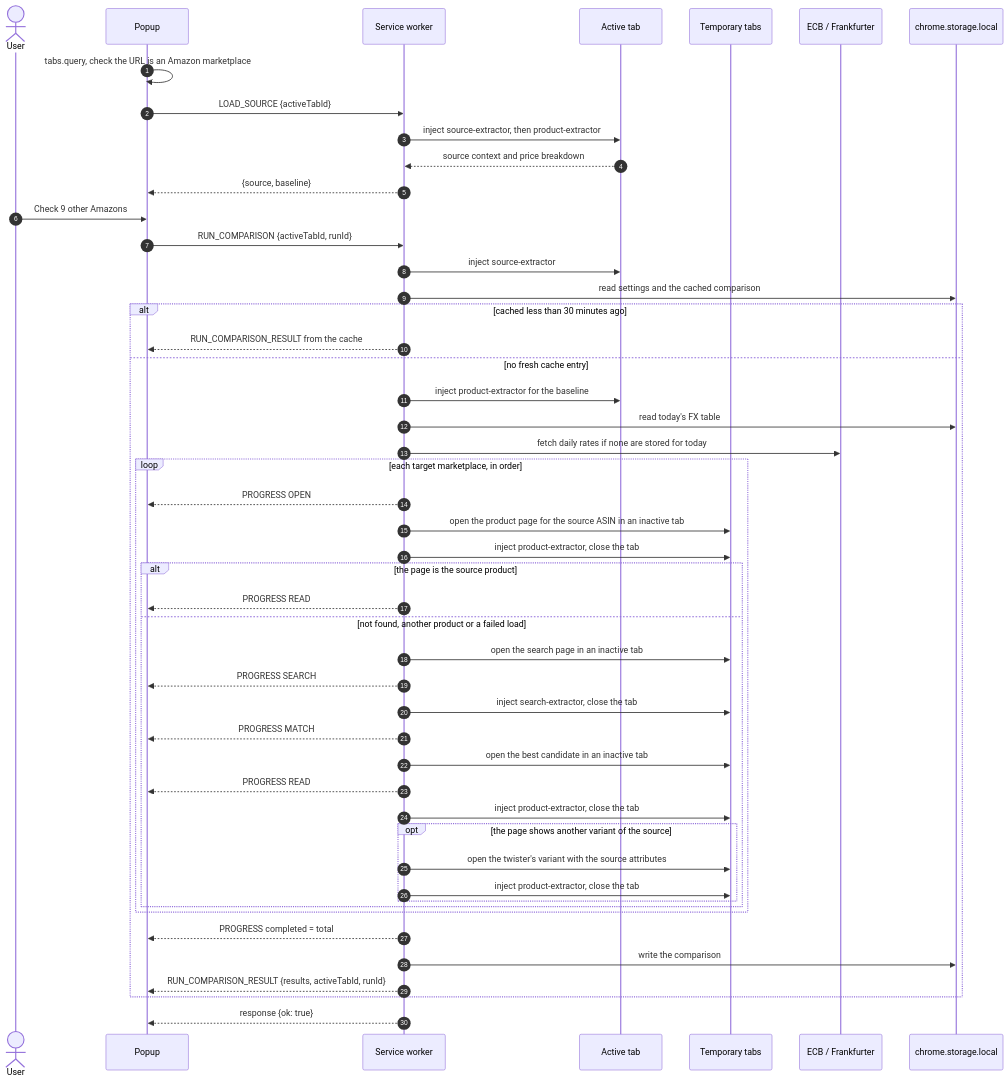
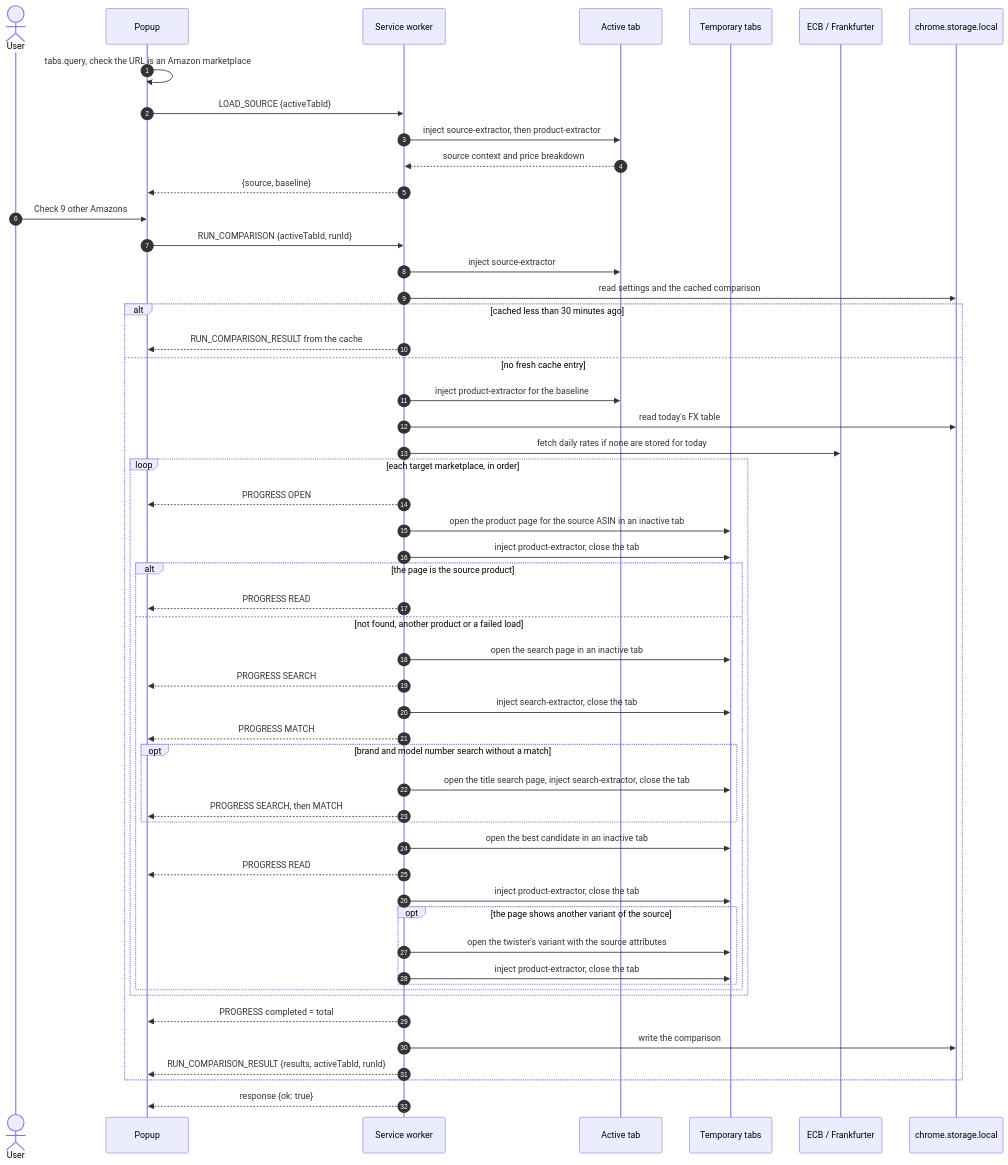
The diagram in docs/architecture.md (dortort/across-amazon), drawn with Mermaid before and after one commit. The commit also changed other lines of this file, not shown here.

Commit message:
docs(architecture): describe the model number search, the title lift and address checks

````diff
--- a/docs/architecture.md
+++ b/docs/architecture.md
@@ -14,52 +14,56 @@
 ```mermaid
 sequenceDiagram
     autonumber
     actor User
     participant Popup
     participant SW as Service worker
     participant Tab as Active tab
     participant Temp as Temporary tabs
     participant FX as ECB / Frankfurter
     participant Store as chrome.storage.local
 
     Popup->>Popup: tabs.query, check the URL is an Amazon marketplace
     Popup->>SW: LOAD_SOURCE {activeTabId}
     SW->>Tab: inject source-extractor, then product-extractor
     Tab-->>SW: source context and price breakdown
     SW-->>Popup: {source, baseline}
     User->>Popup: Check 9 other Amazons
     Popup->>SW: RUN_COMPARISON {activeTabId, runId}
     SW->>Tab: inject source-extractor
     SW->>Store: read settings and the cached comparison
     alt cached less than 30 minutes ago
         SW-->>Popup: RUN_COMPARISON_RESULT from the cache
     else no fresh cache entry
         SW->>Tab: inject product-extractor for the baseline
         SW->>Store: read today's FX table
         SW->>FX: fetch daily rates if none are stored for today
         loop each target marketplace, in order
             SW-->>Popup: PROGRESS OPEN
             SW->>Temp: open the product page for the source ASIN in an inactive tab
             SW->>Temp: inject product-extractor, close the tab
             alt the page is the source product
                 SW-->>Popup: PROGRESS READ
             else not found, another product or a failed load
                 SW->>Temp: open the search page in an inactive tab
                 SW-->>Popup: PROGRESS SEARCH
                 SW->>Temp: inject search-extractor, close the tab
                 SW-->>Popup: PROGRESS MATCH
+                opt brand and model number search without a match
+                    SW->>Temp: open the title search page, inject search-extractor, close the tab
+                    SW-->>Popup: PROGRESS SEARCH, then MATCH
+                end
                 SW->>Temp: open the best candidate in an inactive tab
                 SW-->>Popup: PROGRESS READ
                 SW->>Temp: inject product-extractor, close the tab
                 opt the page shows another variant of the source
                     SW->>Temp: open the twister's variant with the source attributes
                     SW->>Temp: inject product-extractor, close the tab
                 end
             end
         end
         SW-->>Popup: PROGRESS completed = total
         SW->>Store: write the comparison
         SW-->>Popup: RUN_COMPARISON_RESULT {results, activeTabId, runId}
     end
     SW-->>Popup: response {ok: true}
 ```
````
